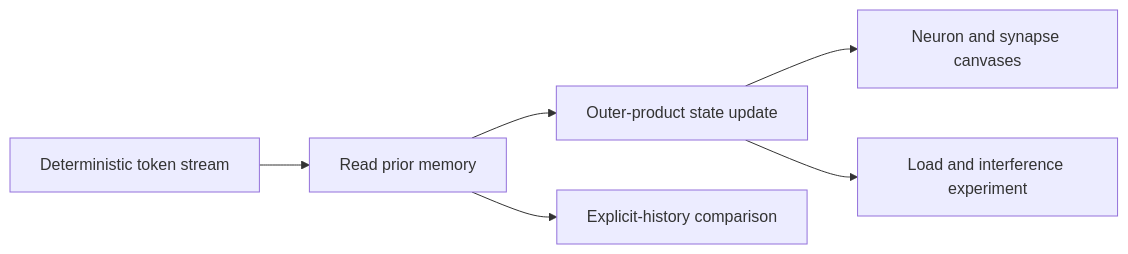
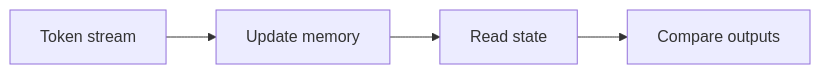
Before and after one commit to ISHPREET0101/ISHPREET0101: the fifth of 6 diagrams in README.md, drawn with Mermaid. The commit also changed other lines of this file and 3 other files, not shown here.

Commit message:
Add reference-style sections, visible project flows and contribution animation

````diff
--- a/README.md
+++ b/README.md
@@ -118,8 +63,4 @@
 ```mermaid
 flowchart LR
-  A[Deterministic token stream] --> B[Read prior memory]
-  B --> C[Outer-product state update]
-  C --> D[Neuron and synapse canvases]
-  B --> E[Explicit-history comparison]
-  C --> F[Load and interference experiment]
+  A["Token stream"] --> B["Update memory"] --> C["Read state"] --> D["Compare outputs"]
 ```
````
